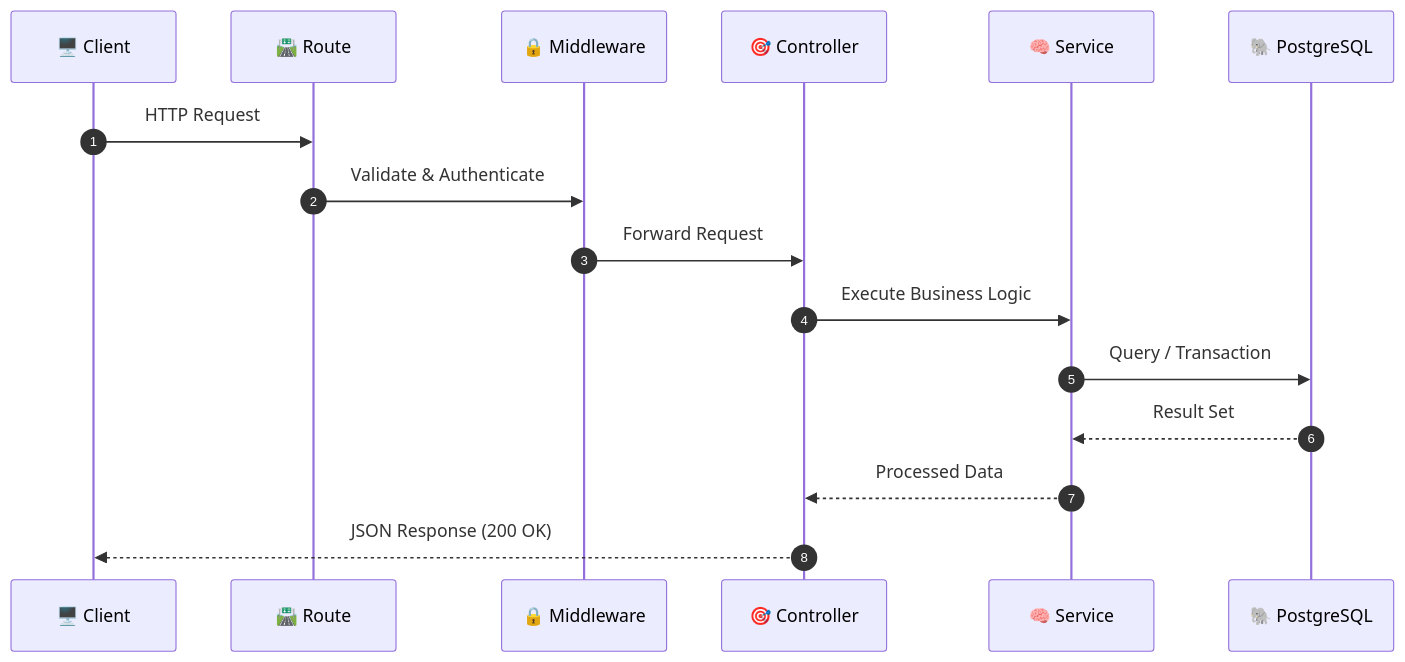
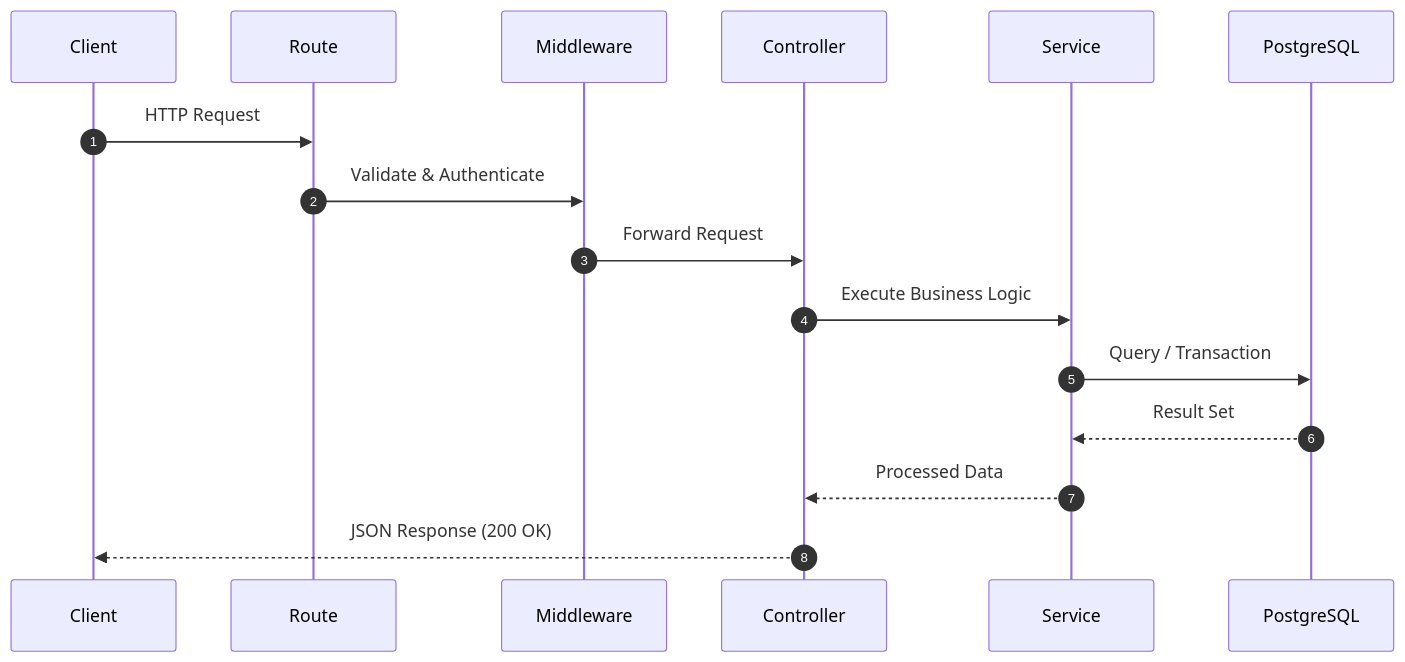
The second of 5 diagrams in saas-workspace-api/docs/ARCHITECTURE.md (BhakktiGautam/Saas-workspace-api), drawn with Mermaid before and after one commit. The commit also changed other lines of this file, not shown here.

````diff
--- a/saas-workspace-api/docs/ARCHITECTURE.md
+++ b/saas-workspace-api/docs/ARCHITECTURE.md
@@ -97,21 +97,21 @@
 ```mermaid
 sequenceDiagram
     autonumber
 
-    participant Client as 🖥️ Client
-    participant Route as 🛣️ Route
-    participant Middleware as 🔒 Middleware
-    participant Controller as 🎯 Controller
-    participant Service as 🧠 Service
-    participant Database as 🐘 PostgreSQL
+    participant Client as Client
+    participant Route as Route
+    participant Middleware as Middleware
+    participant Controller as Controller
+    participant Service as Service
+    participant Database as PostgreSQL
 
     Client->>Route: HTTP Request
     Route->>Middleware: Validate & Authenticate
     Middleware->>Controller: Forward Request
     Controller->>Service: Execute Business Logic
     Service->>Database: Query / Transaction
 
     Database-->>Service: Result Set
     Service-->>Controller: Processed Data
     Controller-->>Client: JSON Response (200 OK)
 ```
````
